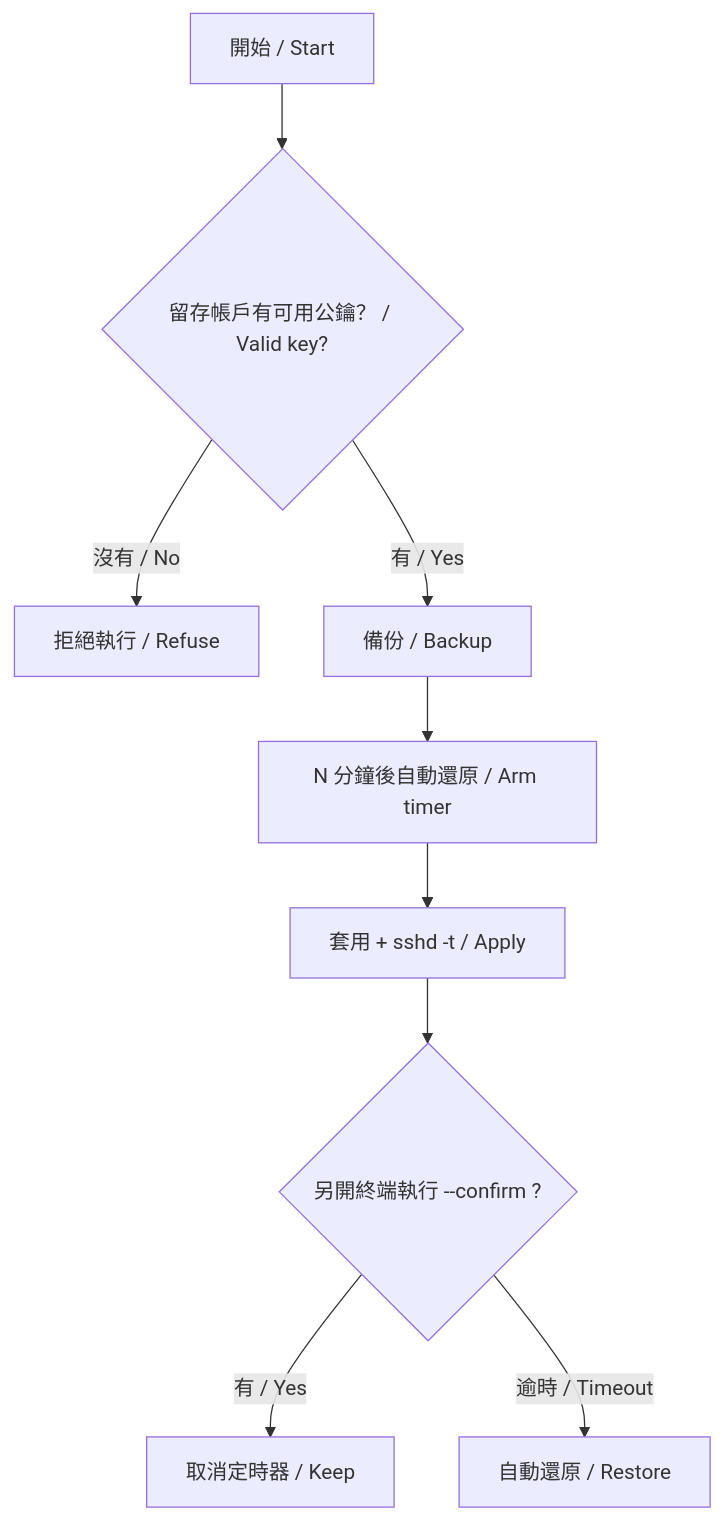
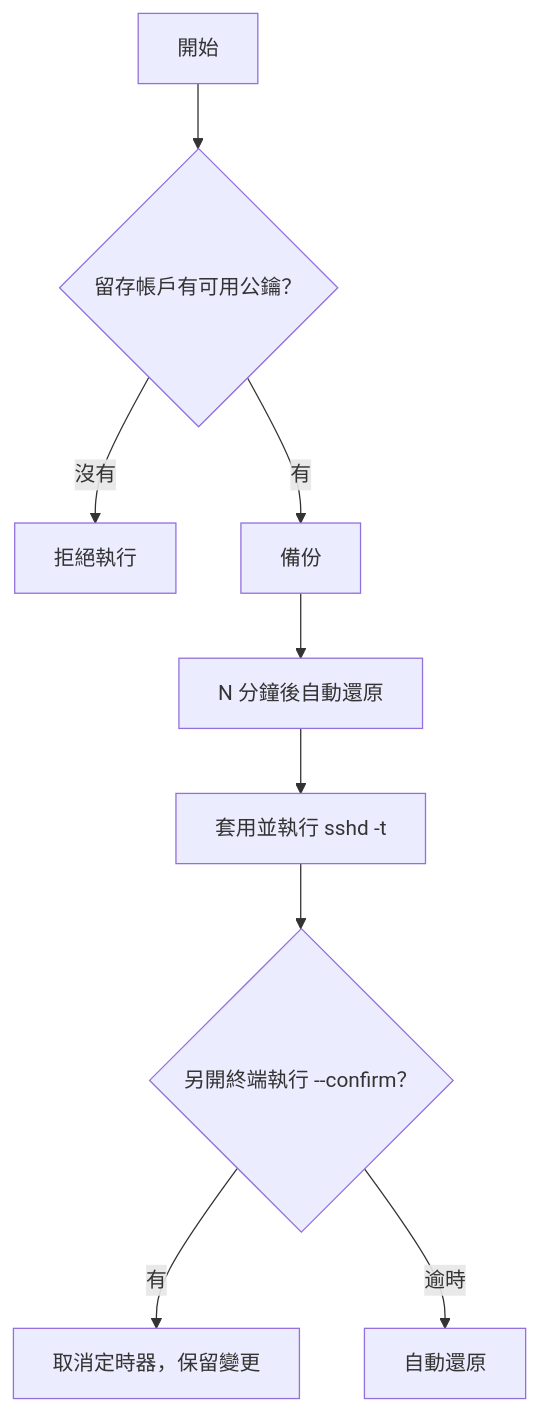
Before and after one commit to web3-ai-game/oece-x-blue-sh: the second of 6 diagrams in README.md, drawn with Mermaid. The commit also changed other lines of this file, not shown here.

````diff
--- a/README.md
+++ b/README.md
@@ -121,11 +118,11 @@
 ```mermaid
 flowchart TD
-    S["開始 / Start"] --> P{"留存帳戶有可用公鑰？ / Valid key?"}
-    P -->|"沒有 / No"| R["拒絕執行 / Refuse"]
-    P -->|"有 / Yes"| BK["備份 / Backup"]
-    BK --> T["N 分鐘後自動還原 / Arm timer"]
-    T --> AP["套用 + sshd -t / Apply"]
-    AP --> U{"另開終端執行 --confirm ?"}
-    U -->|"有 / Yes"| OK["取消定時器 / Keep"]
-    U -->|"逾時 / Timeout"| RB["自動還原 / Restore"]
+    S["開始"] --> P{"留存帳戶有可用公鑰？"}
+    P -->|"沒有"| R["拒絕執行"]
+    P -->|"有"| BK["備份"]
+    BK --> T["N 分鐘後自動還原"]
+    T --> AP["套用並執行 sshd -t"]
+    AP --> U{"另開終端執行 --confirm？"}
+    U -->|"有"| OK["取消定時器，保留變更"]
+    U -->|"逾時"| RB["自動還原"]
 ```
````
